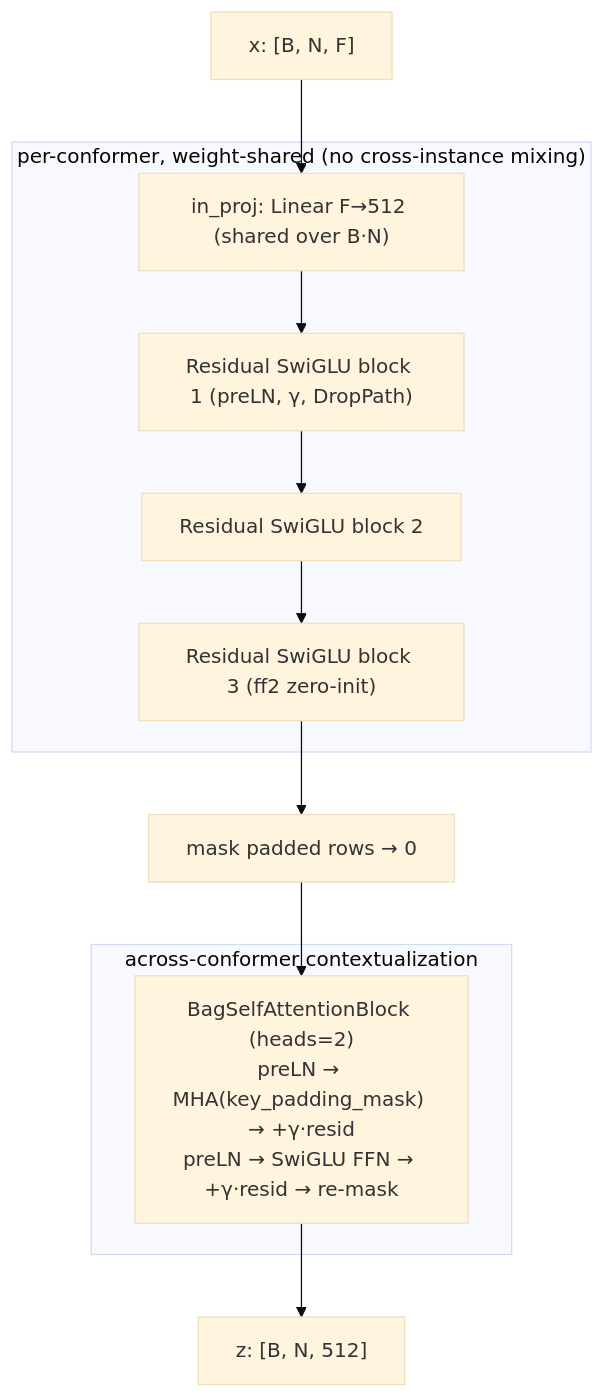
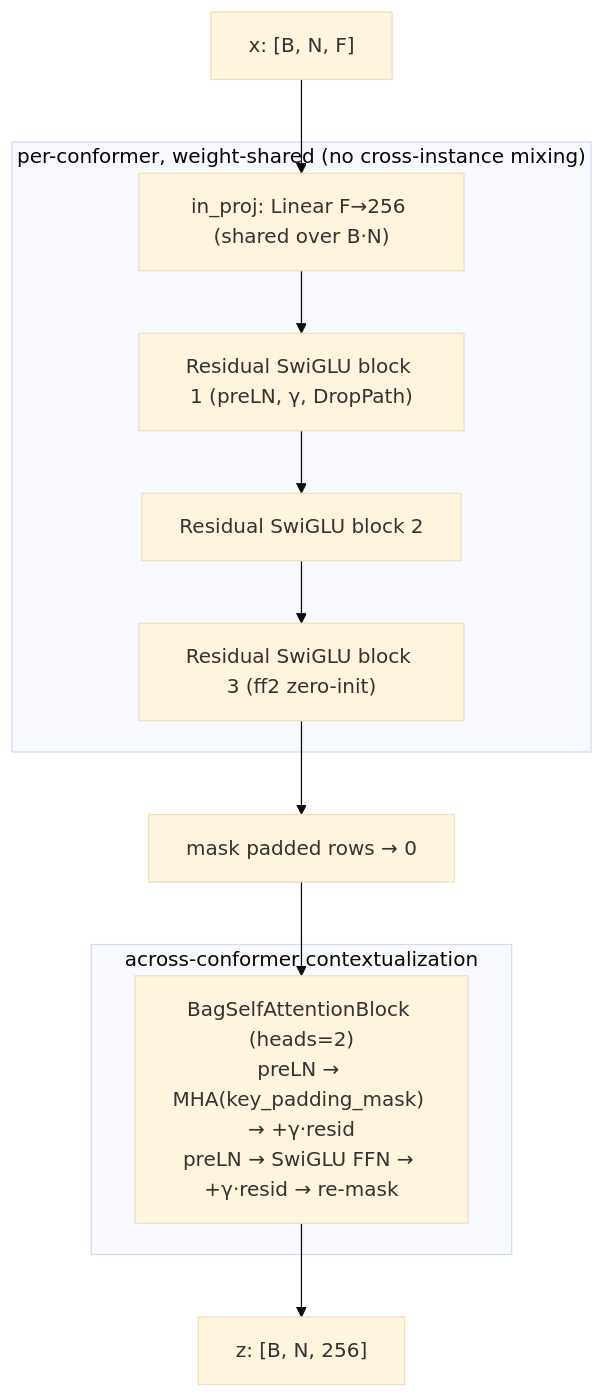
One commit to vfastovskii/milkid changed the second of 7 diagrams in mil_pipeline_detailed_explanation.md. Above: the diagram before and after it, drawn with Mermaid (base theme). The commit also changed other lines of this file and 14 other files, not shown here.

````diff
--- a/mil_pipeline_detailed_explanation.md
+++ b/mil_pipeline_detailed_explanation.md
@@ -181,19 +181,19 @@
 ```mermaid
 flowchart TD
-    X["x: [B, N, F]"] --> IP["in_proj: Linear F→512 (shared over B·N)"]
+    X["x: [B, N, F]"] --> IP["in_proj: Linear F→256 (shared over B·N)"]
     IP --> B1["Residual SwiGLU block 1 (preLN, γ, DropPath)"]
     B1 --> B2["Residual SwiGLU block 2"]
     B2 --> B3["Residual SwiGLU block 3 (ff2 zero-init)"]
     B3 --> HMASK["mask padded rows → 0"]
     HMASK --> SA1["BagSelfAttentionBlock (heads=2)<br/>preLN → MHA(key_padding_mask) → +γ·resid<br/>preLN → SwiGLU FFN → +γ·resid → re-mask"]
-    SA1 --> Z["z: [B, N, 512]"]
+    SA1 --> Z["z: [B, N, 256]"]
     subgraph PERCONF["per-conformer, weight-shared (no cross-instance mixing)"]
       IP
       B1
       B2
       B3
     end
     subgraph CONTEXT["across-conformer contextualization"]
       SA1
     end
 ```
````
